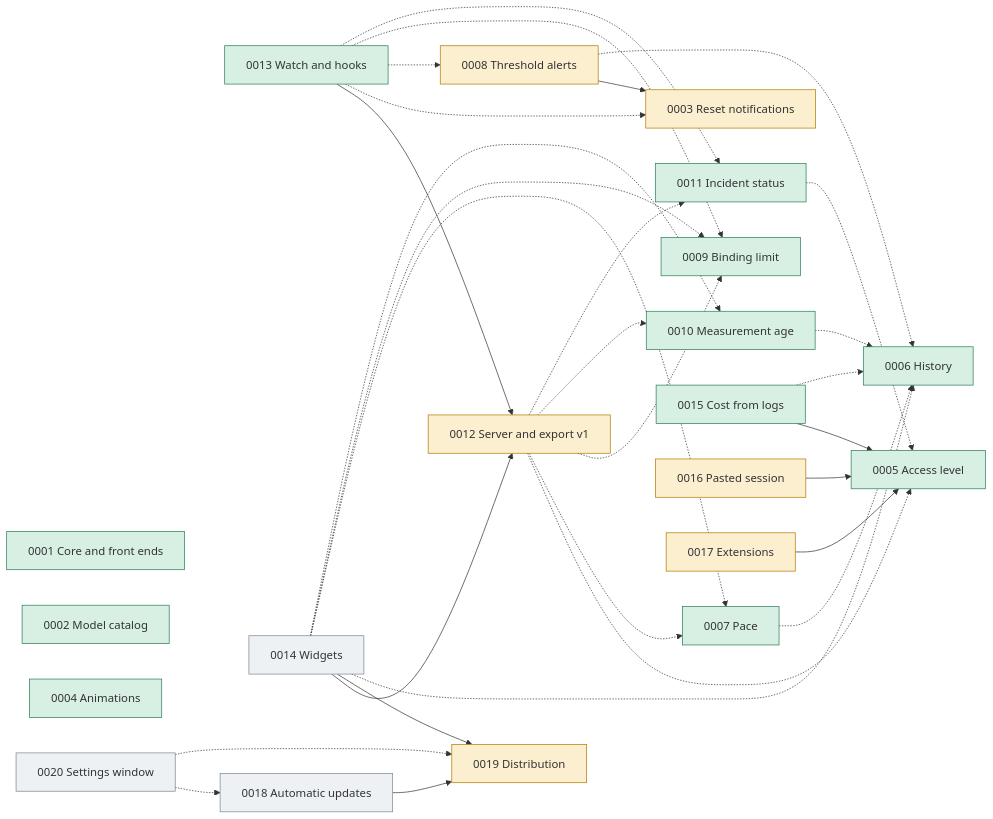
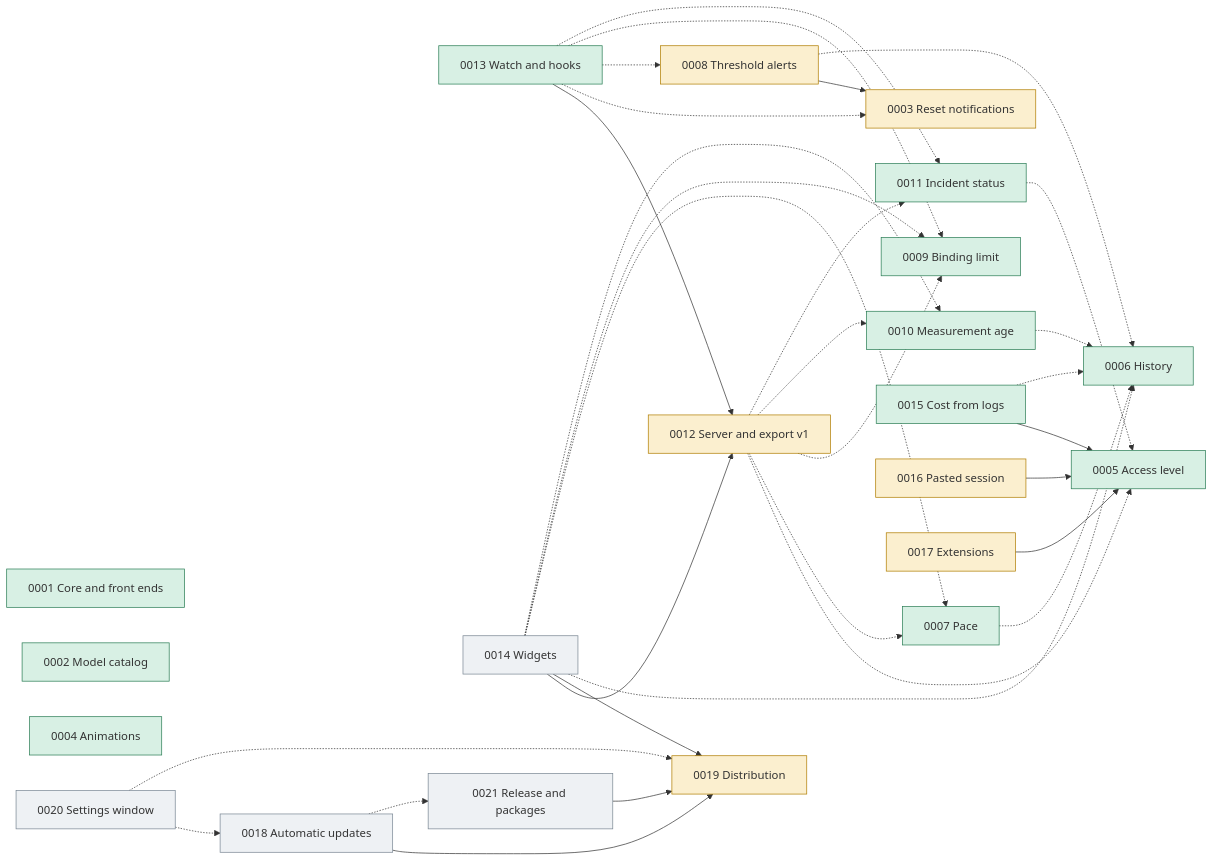
The diagram in docs/plans/0000_control.md (jmarcon/cuotai), drawn with Mermaid before and after one commit. The commit also changed other lines of this file and 2 other files, not shown here.

First line of the commit message:
docs(plans): add PRD 0021 for release pipeline and package managers

````diff
--- a/docs/plans/0000_control.md
+++ b/docs/plans/0000_control.md
@@ -120,57 +121,60 @@
 ```mermaid
 graph LR
   classDef done fill:#d8f0e4,stroke:#2a7d55
   classDef wip fill:#fbefcf,stroke:#b07d00
   classDef todo fill:#eef1f4,stroke:#7a8794
 
   P1["0001 Core and front ends"]:::done
   P2["0002 Model catalog"]:::done
   P3["0003 Reset notifications"]:::wip
   P4["0004 Animations"]:::done
   P5["0005 Access level"]:::done
   P6["0006 History"]:::done
   P7["0007 Pace"]:::done
   P8["0008 Threshold alerts"]:::wip
   P9["0009 Binding limit"]:::done
   P10["0010 Measurement age"]:::done
   P11["0011 Incident status"]:::done
   P12["0012 Server and export v1"]:::wip
   P13["0013 Watch and hooks"]:::done
   P14["0014 Widgets"]:::todo
   P15["0015 Cost from logs"]:::done
   P16["0016 Pasted session"]:::wip
   P17["0017 Extensions"]:::wip
   P18["0018 Automatic updates"]:::todo
   P19["0019 Distribution"]:::wip
   P20["0020 Settings window"]:::todo
+  P21["0021 Release and packages"]:::todo
 
   P8 --> P3
   P13 --> P12
   P14 --> P12
   P14 --> P19
   P15 --> P5
   P16 --> P5
   P17 --> P5
   P18 --> P19
 
   P7 -.-> P6
   P8 -.-> P6
   P10 -.-> P6
   P11 -.-> P5
   P15 -.-> P6
   P12 -.-> P5
   P12 -.-> P7
   P12 -.-> P9
   P12 -.-> P10
   P12 -.-> P11
   P13 -.-> P3
   P13 -.-> P8
   P13 -.-> P9
   P13 -.-> P11
   P14 -.-> P6
   P14 -.-> P7
   P14 -.-> P9
   P14 -.-> P10
   P20 -.-> P18
   P20 -.-> P19
+  P21 --> P19
+  P18 -.-> P21
 ```
````
